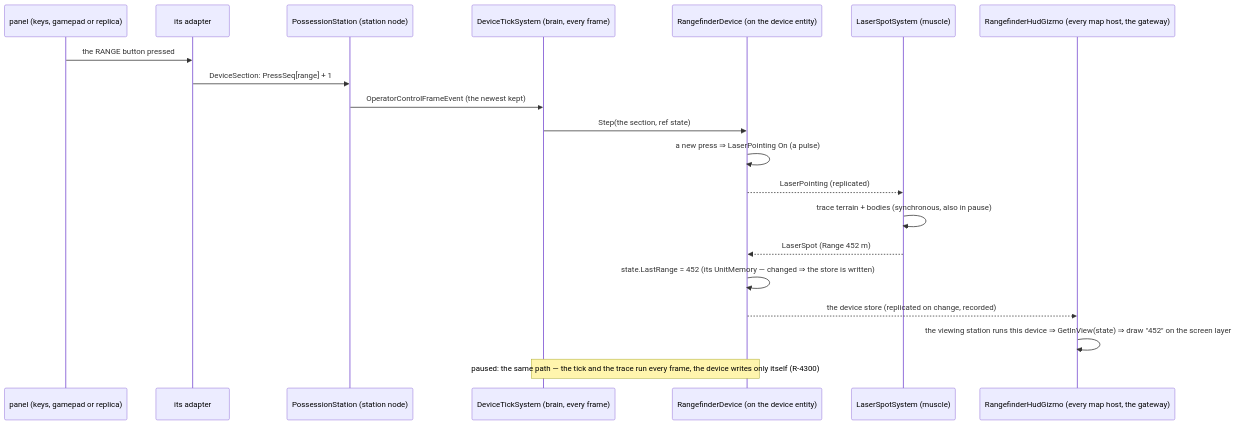
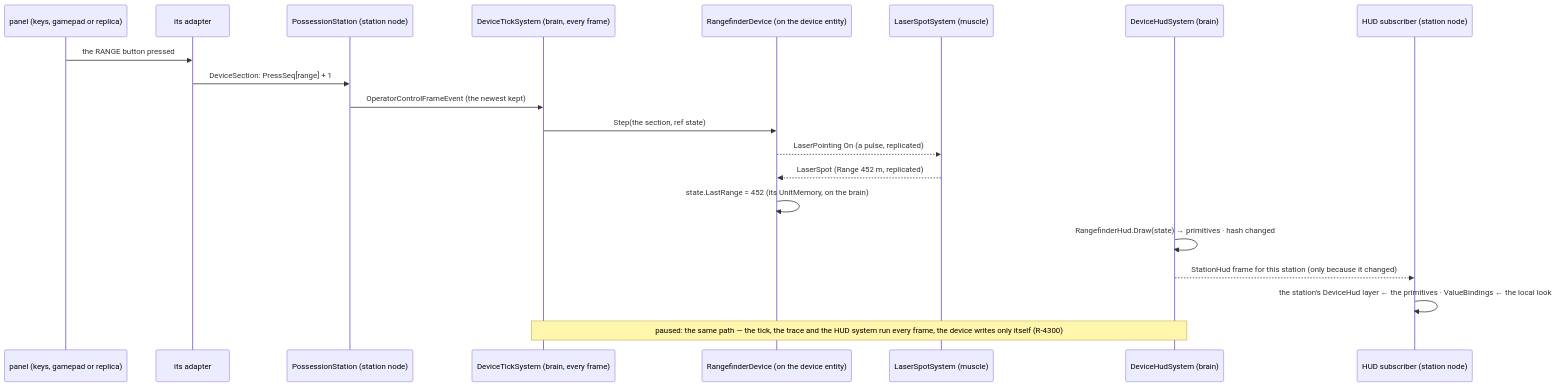
Before and after one commit to pjanec/HROT: the third of 6 diagrams in docs/designs/devices/DESIGN_Simulated_Devices.md, drawn with Mermaid. The commit also changed other lines of this file, not shown here.

First line of the commit message:
devices design rev 6 (§3j): the HUD drawn on the brain from UnitMemory, shipped as a station-keyed frame on change; the blackboard never replicated; ValueBinding back; diagrams redrawn

````diff
--- a/docs/designs/devices/DESIGN_Simulated_Devices.md
+++ b/docs/designs/devices/DESIGN_Simulated_Devices.md
@@ -155,22 +155,22 @@
 ```mermaid
 sequenceDiagram
   participant P as panel (keys, gamepad or replica)
   participant A as its adapter
   participant S as PossessionStation (station node)
   participant T as DeviceTickSystem (brain, every frame)
   participant D as RangefinderDevice (on the device entity)
   participant M as LaserSpotSystem (muscle)
-  participant G as RangefinderHudGizmo (every map host, the gateway)
+  participant H as DeviceHudSystem (brain)
+  participant U as HUD subscriber (station node)
   P->>A: the RANGE button pressed
   A->>S: DeviceSection: PressSeq[range] + 1
   S->>T: OperatorControlFrameEvent (the newest kept)
   T->>D: Step(the section, ref state)
-  D->>D: a new press ⇒ LaserPointing On (a pulse)
-  D-->>M: LaserPointing (replicated)
-  M->>M: trace terrain + bodies (synchronous, also in pause)
-  M-->>D: LaserSpot (Range 452 m)
-  D->>D: state.LastRange = 452 (its UnitMemory — changed ⇒ the store is written)
-  D-->>G: the device store (replicated on change, recorded)
-  G->>G: the viewing station runs this device ⇒ GetInView(state) ⇒ draw "452" on the screen layer
-  Note over T,D: paused: the same path — the tick and the trace run every frame, the device writes only itself (R-4300)
+  D-->>M: LaserPointing On (a pulse, replicated)
+  M-->>D: LaserSpot (Range 452 m, replicated)
+  D->>D: state.LastRange = 452 (its UnitMemory, on the brain)
+  H->>H: RangefinderHud.Draw(state) → primitives · hash changed
+  H-->>U: StationHud frame for this station (only because it changed)
+  U->>U: the station's DeviceHud layer ← the primitives · ValueBindings ← the local look
+  Note over T,H: paused: the same path — the tick, the trace and the HUD system run every frame, the device writes only itself (R-4300)
 ```
````
